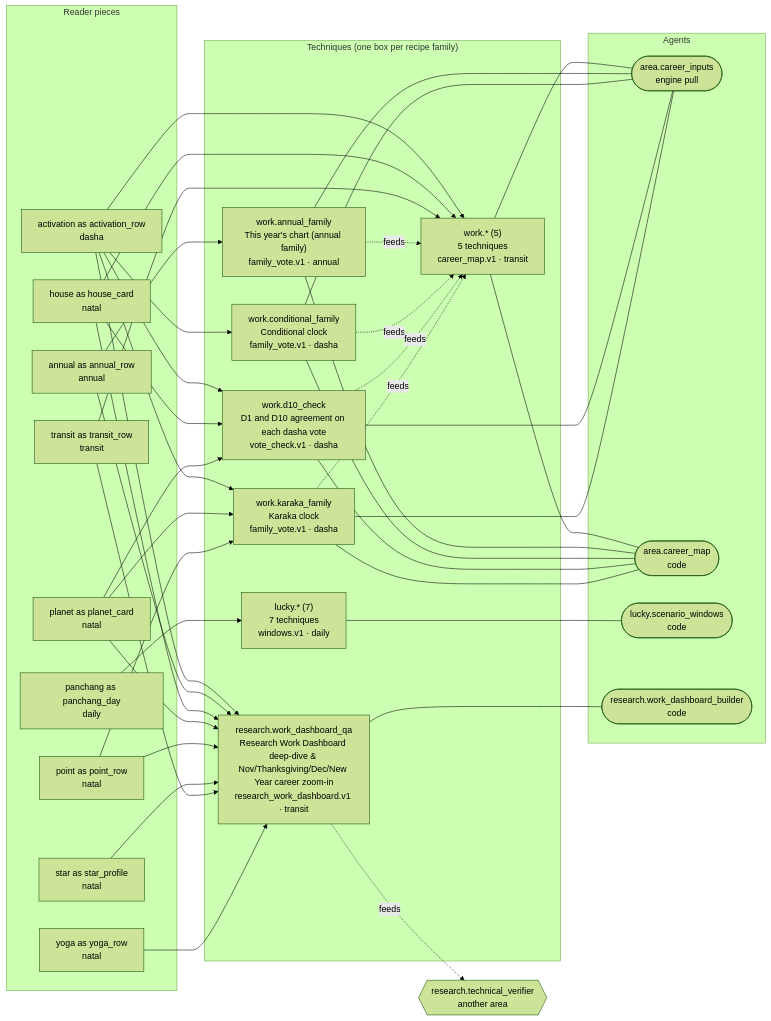
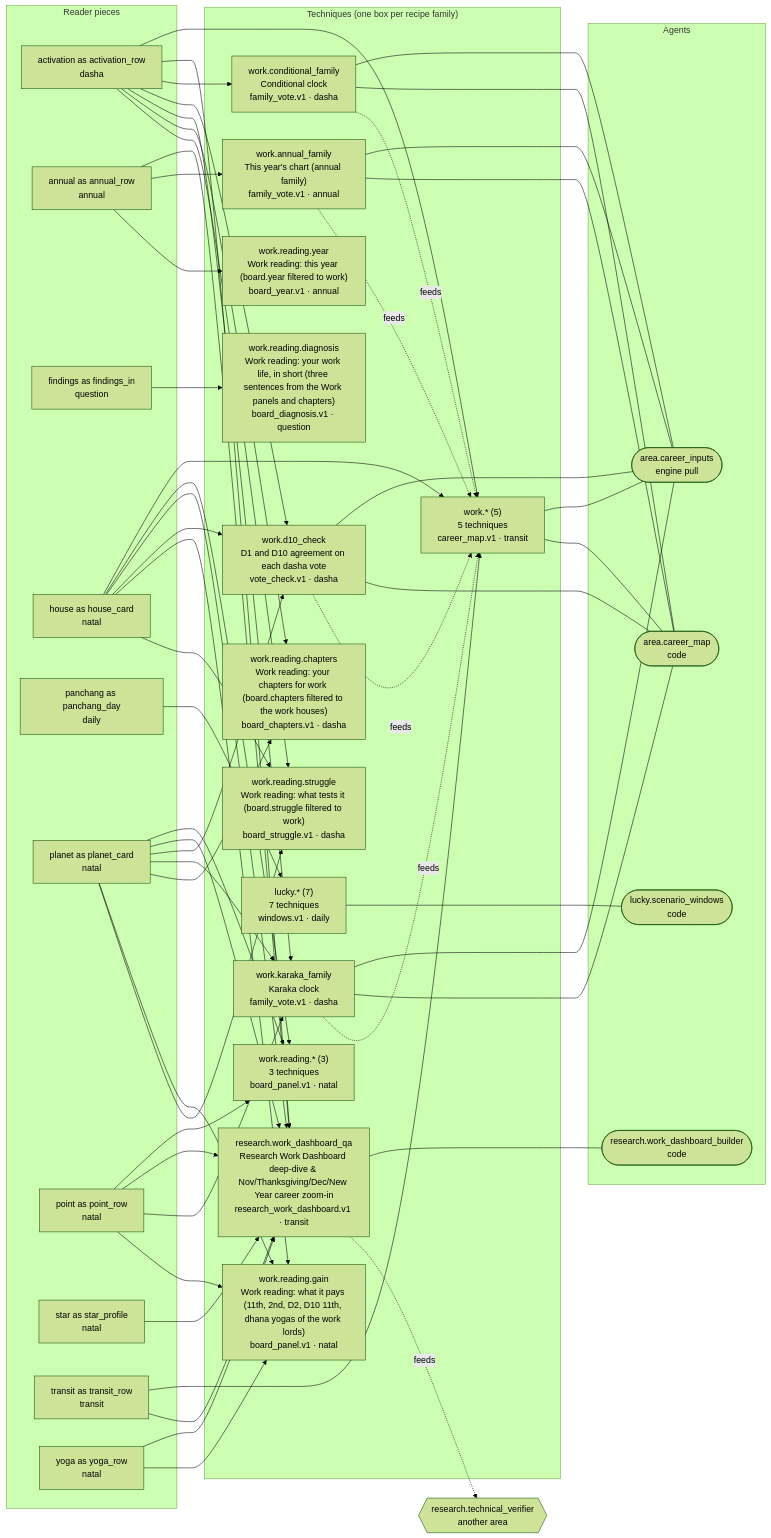
Before and after one commit to sachinm/AIAstraServer: the sixth of 6 diagrams in docs/admin/07-technique-pieces-and-agents.md, drawn with Mermaid (forest theme). The commit also changed other lines of this file and 43 other files, not shown here.

First line of the commit message:
feat(you): the You reading, one technique per panel (docs 58, 59, 60)

```diff
--- a/docs/admin/07-technique-pieces-and-agents.md
+++ b/docs/admin/07-technique-pieces-and-agents.md
@@ -637,6 +723,7 @@
   subgraph R["Reader pieces"]
     r_reader_activation_activation_row["activation as activation_row<br/>dasha"]
     r_reader_annual_annual_row["annual as annual_row<br/>annual"]
+    r_reader_findings_findings_in["findings as findings_in<br/>question"]
     r_reader_house_house_card["house as house_card<br/>natal"]
     r_reader_panchang_panchang_day["panchang as panchang_day<br/>daily"]
     r_reader_planet_planet_card["planet as planet_card<br/>natal"]
@@ -648,11 +735,17 @@
   subgraph T["Techniques (one box per recipe family)"]
     f_lucky_7["lucky.* (7)<br/>7 techniques<br/>windows.v1 · daily"]
     f_work_5["work.* (5)<br/>5 techniques<br/>career_map.v1 · transit"]
+    f_work_reading_3["work.reading.* (3)<br/>3 techniques<br/>board_panel.v1 · natal"]
     f_research_work_dashboard_qa["research.work_dashboard_qa<br/>Research Work Dashboard deep-dive & Nov/Thanksgiving/Dec/New Year career zoom-in<br/>research_work_dashboard.v1 · transit"]
     f_work_annual_family["work.annual_family<br/>This year's chart (annual family)<br/>family_vote.v1 · annual"]
     f_work_conditional_family["work.conditional_family<br/>Conditional clock<br/>family_vote.v1 · dasha"]
     f_work_d10_check["work.d10_check<br/>D1 and D10 agreement on each dasha vote<br/>vote_check.v1 · dasha"]
     f_work_karaka_family["work.karaka_family<br/>Karaka clock<br/>family_vote.v1 · dasha"]
+    f_work_reading_chapters["work.reading.chapters<br/>Work reading: your chapters for work (board.chapters filtered to the work houses)<br/>board_chapters.v1 · dasha"]
+    f_work_reading_diagnosis["work.reading.diagnosis<br/>Work reading: your work life, in short (three sentences from the Work panels and chapters)<br/>board_diagnosis.v1 · question"]
+    f_work_reading_gain["work.reading.gain<br/>Work reading: what it pays (11th, 2nd, D2, D10 11th, dhana yogas of the work lords)<br/>board_panel.v1 · natal"]
+    f_work_reading_struggle["work.reading.struggle<br/>Work reading: what tests it (board.struggle filtered to work)<br/>board_struggle.v1 · dasha"]
+    f_work_reading_year["work.reading.year<br/>Work reading: this year (board.year filtered to work)<br/>board_year.v1 · annual"]
   end
   subgraph A["Agents"]
     a_agent_area_career_inputs(["area.career_inputs<br/>engine pull"])
@@ -667,6 +760,9 @@
   r_reader_transit_transit_row --> f_work_5
   f_work_5 --- a_agent_area_career_inputs
   f_work_5 --- a_agent_area_career_map
+  r_reader_house_house_card --> f_work_reading_3
+  r_reader_planet_planet_card --> f_work_reading_3
+  r_reader_point_point_row --> f_work_reading_3
   r_reader_activation_activation_row --> f_research_work_dashboard_qa
   r_reader_annual_annual_row --> f_research_work_dashboard_qa
   r_reader_house_house_card --> f_research_work_dashboard_qa
@@ -692,6 +788,17 @@
   r_reader_point_point_row --> f_work_karaka_family
   f_work_karaka_family --- a_agent_area_career_inputs
   f_work_karaka_family --- a_agent_area_career_map
+  r_reader_activation_activation_row --> f_work_reading_chapters
+  r_reader_planet_planet_card --> f_work_reading_chapters
+  r_reader_findings_findings_in --> f_work_reading_diagnosis
+  r_reader_house_house_card --> f_work_reading_gain
+  r_reader_planet_planet_card --> f_work_reading_gain
+  r_reader_point_point_row --> f_work_reading_gain
+  r_reader_yoga_yoga_row --> f_work_reading_gain
+  r_reader_activation_activation_row --> f_work_reading_struggle
+  r_reader_house_house_card --> f_work_reading_struggle
+  r_reader_planet_planet_card --> f_work_reading_struggle
+  r_reader_annual_annual_row --> f_work_reading_year
   x_research_technical_verifier{{"research.technical_verifier<br/>another area"}}
   f_research_work_dashboard_qa -. feeds .-> x_research_technical_verifier
   f_work_annual_family -. feeds .-> f_work_5
```
